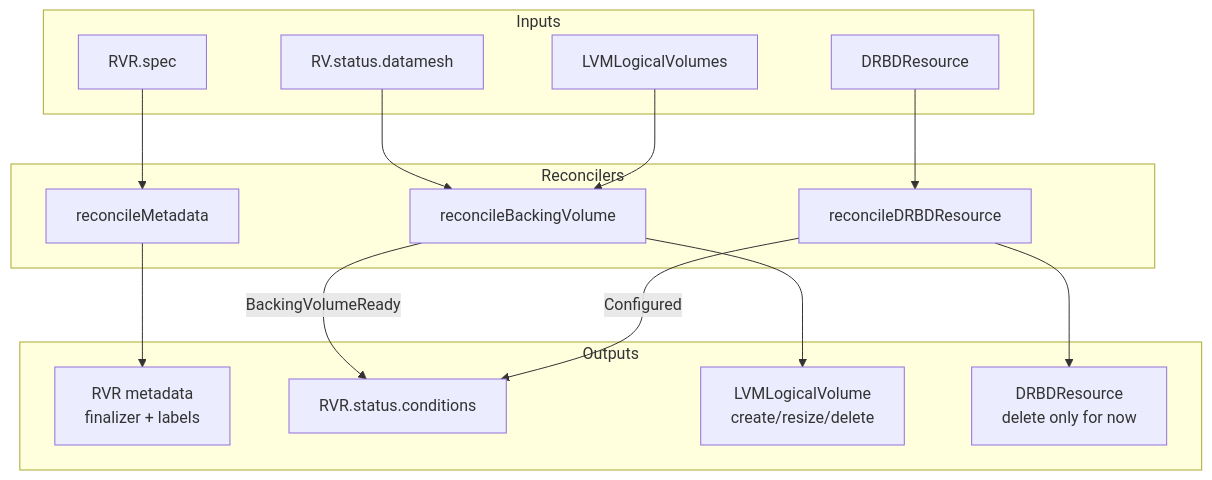
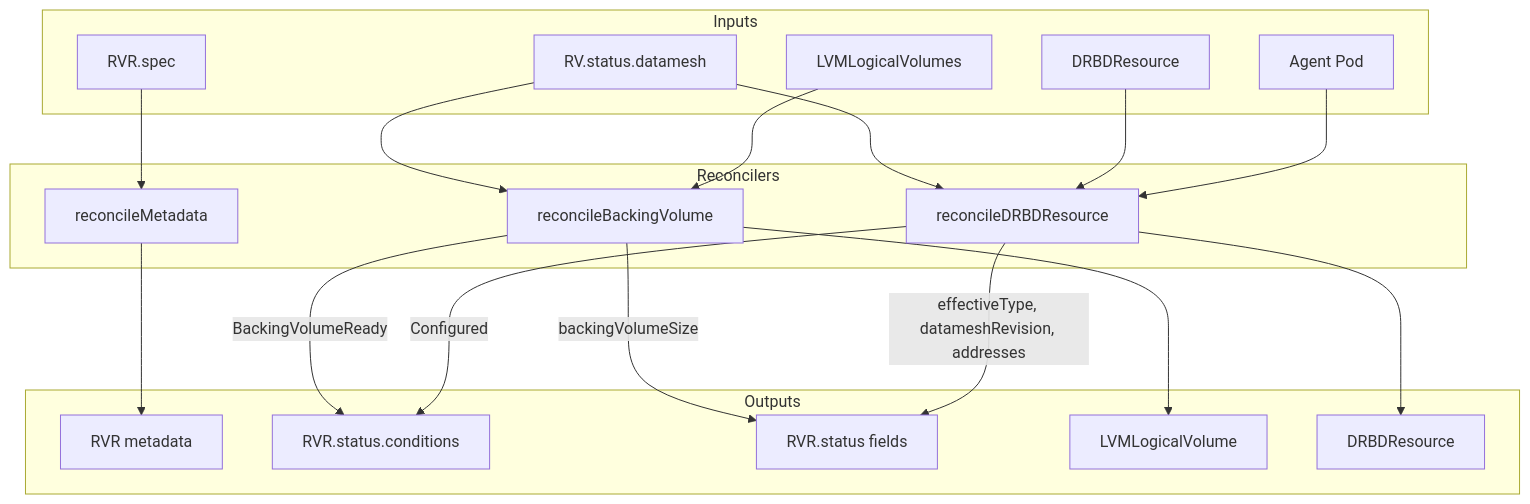
The second of 2 diagrams in images/controller/internal/controllers/rvr_controller/README.md (deckhouse/sds-replicated-volume), drawn with Mermaid before and after one commit. The commit also changed other lines of this file and 42 other files, not shown here.

First line of the commit message:
[controller] Implement DRBD resource reconciliation and agent readiness tracking

````diff
--- a/images/controller/internal/controllers/rvr_controller/README.md
+++ b/images/controller/internal/controllers/rvr_controller/README.md
@@ -251,33 +352,39 @@
 ```mermaid
 flowchart TD
     subgraph inputs [Inputs]
         RVRSpec[RVR.spec]
         RVStatus[RV.status.datamesh]
         LLVs[LVMLogicalVolumes]
         DRBDR[DRBDResource]
+        AgentPod[Agent Pod]
     end
 
     subgraph reconcilers [Reconcilers]
         ReconcileMeta[reconcileMetadata]
         ReconcileBV[reconcileBackingVolume]
         ReconcileDRBD[reconcileDRBDResource]
     end
 
     subgraph outputs [Outputs]
-        RVRMeta[RVR metadata<br>finalizer + labels]
-        RVRStatus[RVR.status.conditions]
-        LLVManaged[LVMLogicalVolume<br>create/resize/delete]
-        DRBDRManaged[DRBDResource<br>delete only for now]
+        RVRMeta[RVR metadata]
+        RVRStatusConds[RVR.status.conditions]
+        RVRStatusFields[RVR.status fields]
+        LLVManaged[LVMLogicalVolume]
+        DRBDRManaged[DRBDResource]
     end
 
     RVRSpec --> ReconcileMeta
     RVStatus --> ReconcileBV
+    RVStatus --> ReconcileDRBD
     LLVs --> ReconcileBV
     DRBDR --> ReconcileDRBD
+    AgentPod --> ReconcileDRBD
 
     ReconcileMeta --> RVRMeta
     ReconcileBV --> LLVManaged
-    ReconcileBV -->|BackingVolumeReady| RVRStatus
+    ReconcileBV -->|BackingVolumeReady| RVRStatusConds
+    ReconcileBV -->|backingVolumeSize| RVRStatusFields
     ReconcileDRBD --> DRBDRManaged
-    ReconcileDRBD -->|Configured| RVRStatus
+    ReconcileDRBD -->|Configured| RVRStatusConds
+    ReconcileDRBD -->|effectiveType, datameshRevision, addresses| RVRStatusFields
 ```
````
